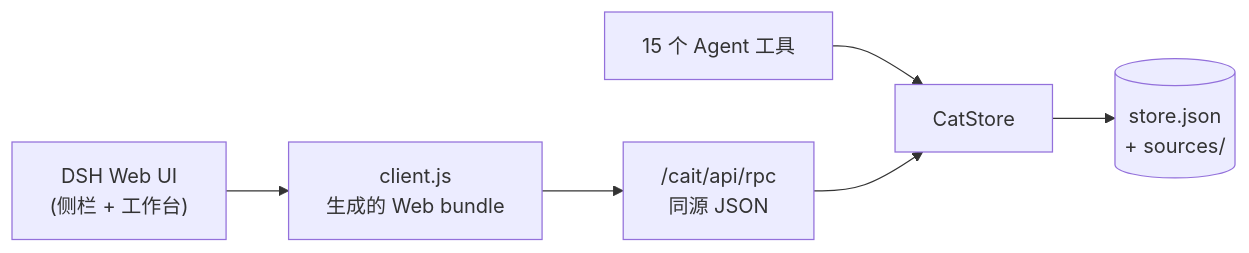
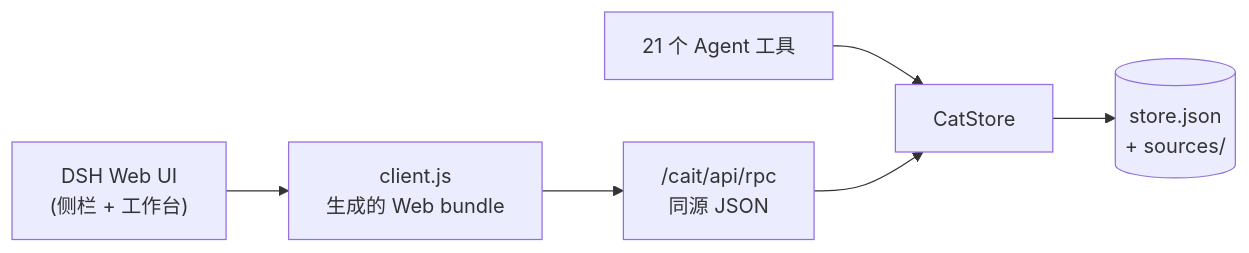
The diagram in README.zh-CN.md (JoviLecca/dsh-CAIT), drawn with Mermaid before and after one commit. The commit also changed other lines of this file and 34 other files, not shown here.

````diff
--- a/README.zh-CN.md
+++ b/README.zh-CN.md
@@ -359,8 +369,8 @@
 ```mermaid
 flowchart LR
   UI["DSH Web UI<br/>(侧栏 + 工作台)"] --> Client["client.js<br/>生成的 Web bundle"]
   Client --> API["/cait/api/rpc<br/>同源 JSON"]
-  Tools["15 个 Agent 工具"] --> Store["CatStore"]
+  Tools["21 个 Agent 工具"] --> Store["CatStore"]
   API --> Store
   Store --> Snapshot[("store.json<br/>+ sources/")]
 ```
````
